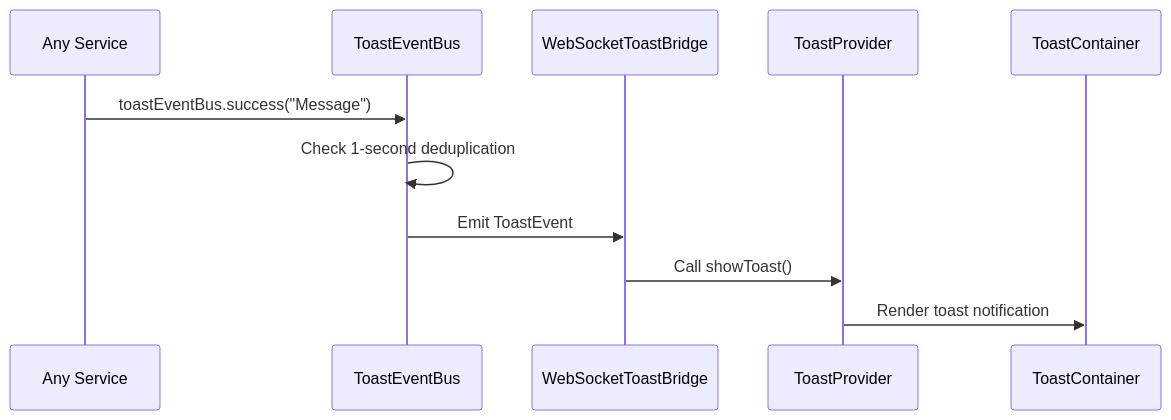
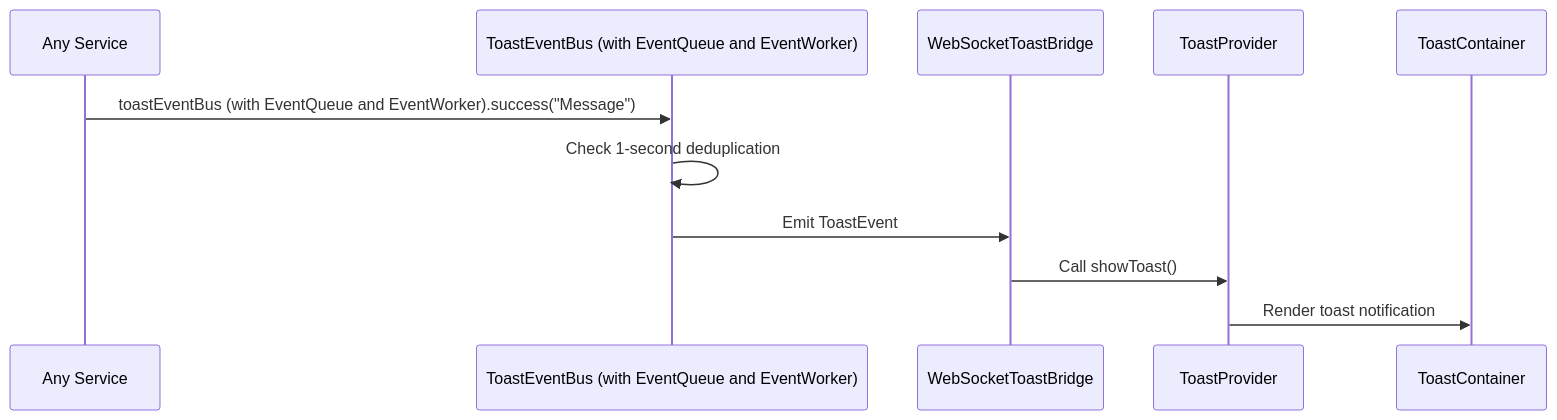
The second of 2 diagrams in ai_docs/development-guides/ui-patterns/toast-notification-architecture.md (phamhung075/4genthub), drawn with Mermaid before and after one commit. The commit also changed other lines of this file and 16 other files, not shown here.

````diff
--- a/ai_docs/development-guides/ui-patterns/toast-notification-architecture.md
+++ b/ai_docs/development-guides/ui-patterns/toast-notification-architecture.md
@@ -124,14 +124,14 @@
 ```mermaid
 sequenceDiagram
     participant Service as Any Service
-    participant TEB as ToastEventBus
+    participant TEB as ToastEventBus (with EventQueue and EventWorker)
     participant WSTB as WebSocketToastBridge
     participant TP as ToastProvider
     participant TC as ToastContainer
 
-    Service->>TEB: toastEventBus.success("Message")
+    Service->>TEB: toastEventBus (with EventQueue and EventWorker).success("Message")
     TEB->>TEB: Check 1-second deduplication
     TEB->>WSTB: Emit ToastEvent
     WSTB->>TP: Call showToast()
     TP->>TC: Render toast notification
 ```
````
